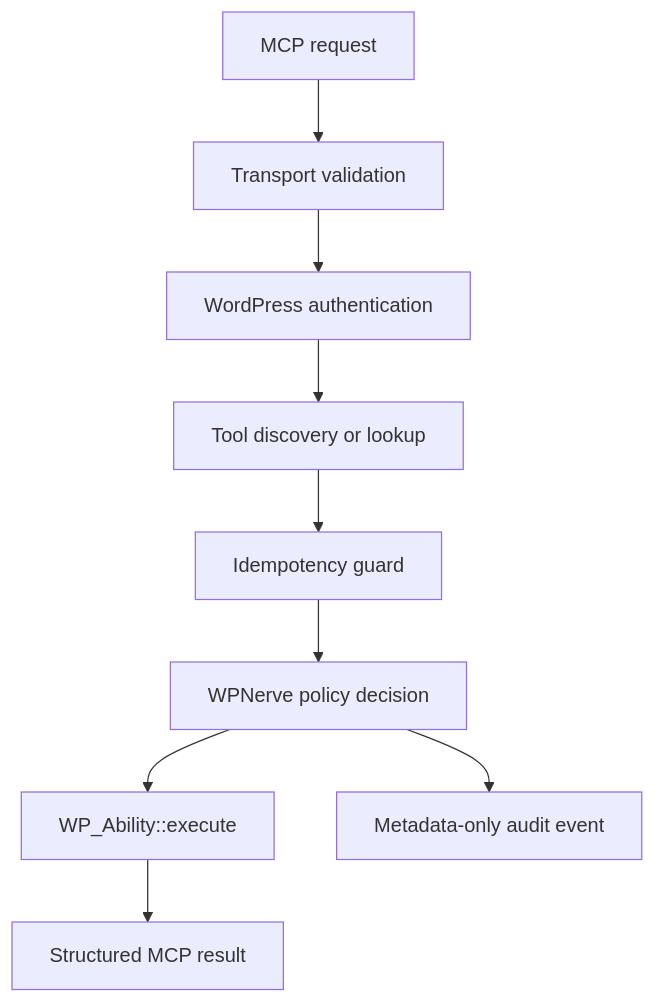
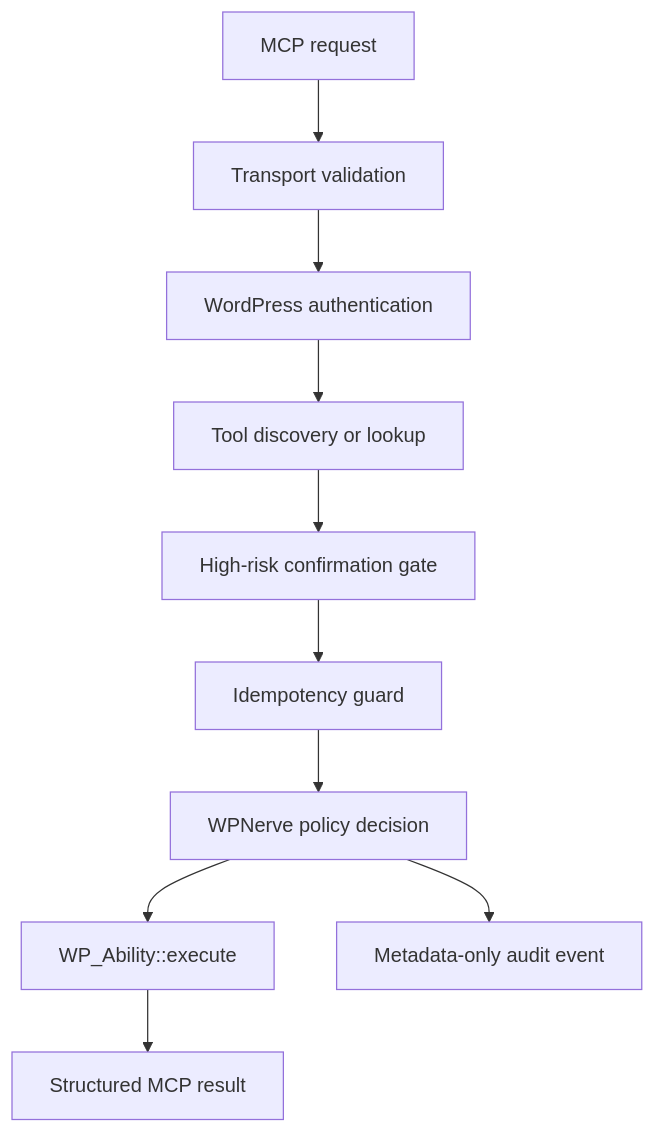
The diagram in docs/architecture.md (akelaonline/WP-Nerve), drawn with Mermaid before and after one commit. The commit also changed other lines of this file and 39 other files, not shown here.

Commit message:
feat: require admin confirmation for high-risk tools

````diff
--- a/docs/architecture.md
+++ b/docs/architecture.md
@@ -11,11 +11,12 @@
 ```mermaid
 flowchart TD
     A["MCP request"] --> B["Transport validation"]
     B --> C["WordPress authentication"]
     C --> D["Tool discovery or lookup"]
-    D --> E["Idempotency guard"]
-    E --> F["WPNerve policy decision"]
-    F --> G["WP_Ability::execute"]
-    G --> H["Structured MCP result"]
-    F --> I["Metadata-only audit event"]
+    D --> E["High-risk confirmation gate"]
+    E --> F["Idempotency guard"]
+    F --> G["WPNerve policy decision"]
+    G --> H["WP_Ability::execute"]
+    H --> I["Structured MCP result"]
+    G --> J["Metadata-only audit event"]
 ```
````
